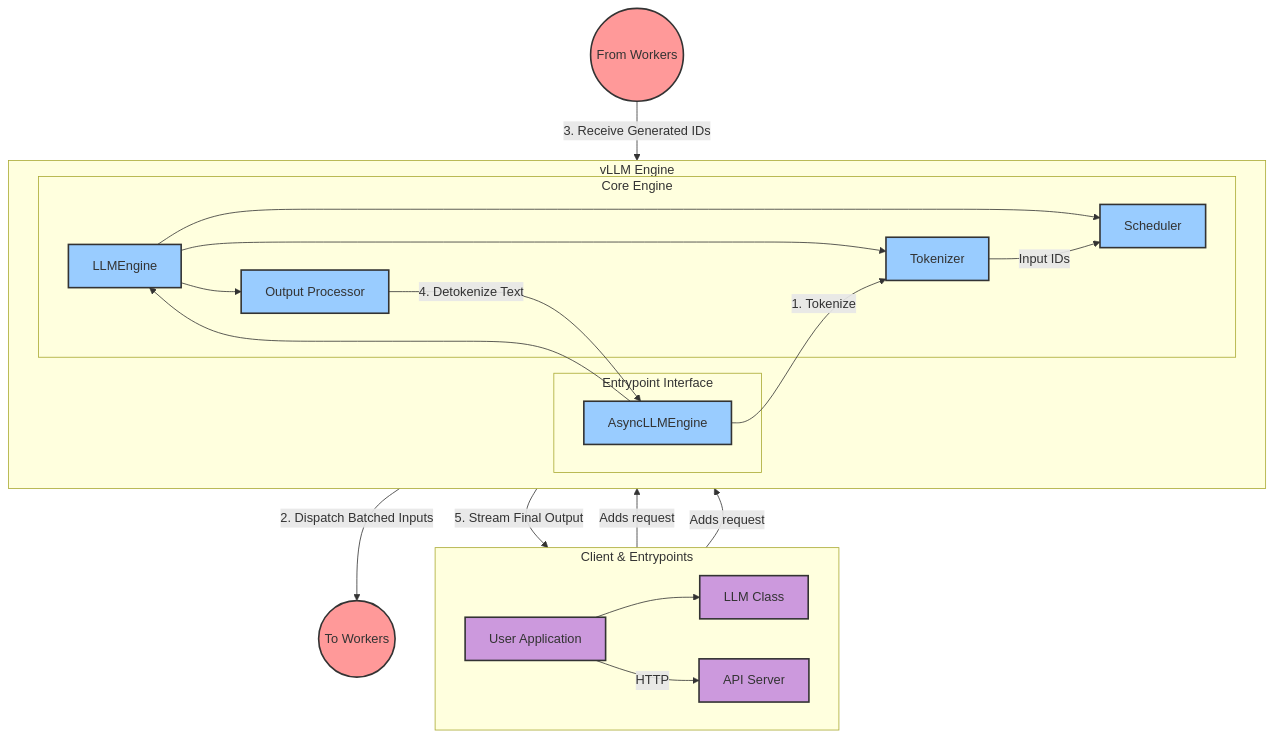
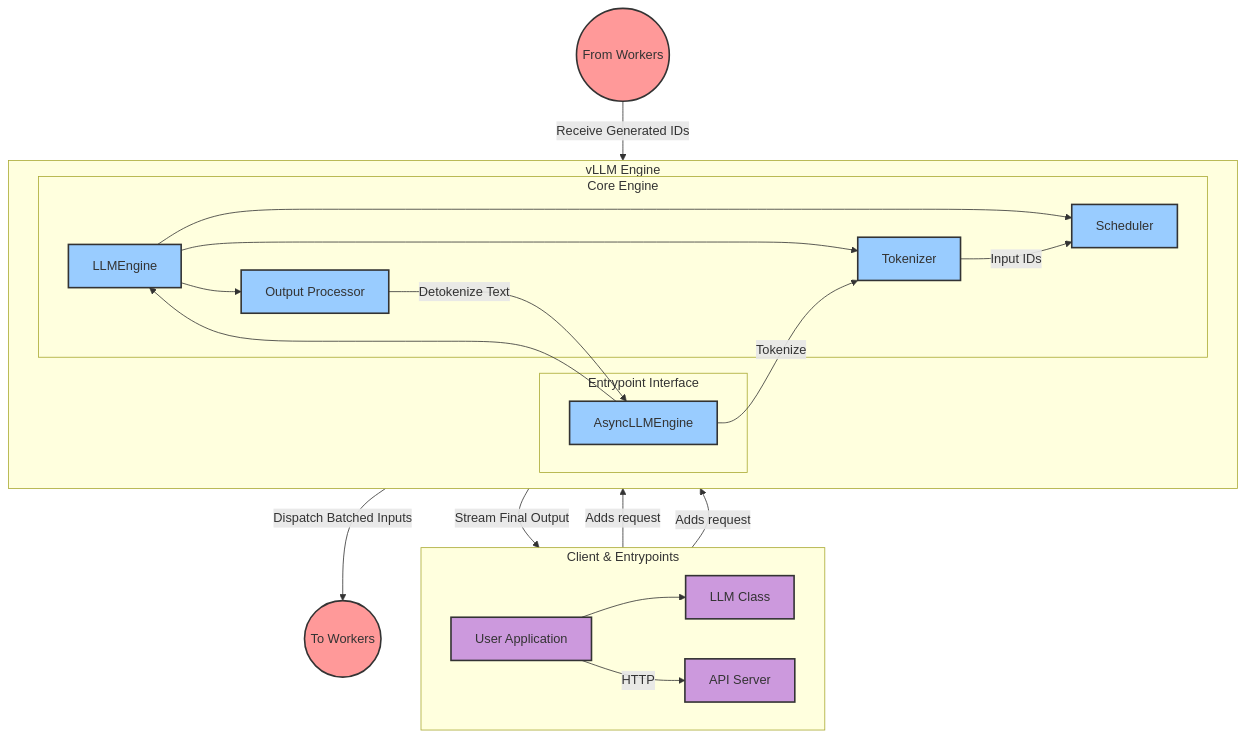
Before and after one commit to tangkenyi2001/vllm: the first of 2 diagrams in ken/diagrams/vLLM_arch.md, drawn with Mermaid.

Commit message:
fix: flow names

````diff
--- a/ken/diagrams/vLLM_arch.md
+++ b/ken/diagrams/vLLM_arch.md
@@ -9,51 +9,51 @@
 ```mermaid
 graph TD
     subgraph "Client & Entrypoints"
         direction LR
         ClientApp[User Application] --> LLM_Class[LLM Class]
         ClientApp -- "HTTP" --> API_Server[API Server]
     end
 
     subgraph "vLLM Engine"
         direction LR
         subgraph "Entrypoint Interface"
             AsyncEngine[AsyncLLMEngine]
         end
         
         subgraph "Core Engine"
             Engine[LLMEngine]
             Tokenizer[Tokenizer]
             Scheduler[Scheduler]
             OutputProcessor[Output Processor]
         end
 
         AsyncEngine --> Engine
         Engine --> Tokenizer
         Engine --> Scheduler
         Engine --> OutputProcessor
     end
 
     %% Define Flow
     LLM_Class -- "Adds request" --> AsyncEngine
     API_Server -- "Adds request" --> AsyncEngine
     
-    AsyncEngine -- "1. Tokenize" --> Tokenizer
+    AsyncEngine -- "Tokenize" --> Tokenizer
     Tokenizer -- "Input IDs" --> Scheduler
     
-    Scheduler -- "2. Dispatch Batched Inputs" --> ToWorkers((To Workers))
+    Scheduler -- "Dispatch Batched Inputs" --> ToWorkers((To Workers))
     
-    FromWorkers((From Workers)) -- "3. Receive Generated IDs" --> OutputProcessor
-    OutputProcessor -- "4. Detokenize Text" --> AsyncEngine
+    FromWorkers((From Workers)) -- "Receive Generated IDs" --> OutputProcessor
+    OutputProcessor -- "Detokenize Text" --> AsyncEngine
     
-    AsyncEngine -- "5. Stream Final Output" --> ClientApp
+    AsyncEngine -- "Stream Final Output" --> ClientApp
 
     %% Styling
     classDef client fill:#c9d,stroke:#333,stroke-width:2px;
     classDef entrypoint fill:#ccf,stroke:#333,stroke-width:2px;
     classDef engine fill:#9cf,stroke:#333,stroke-width:2px;
     classDef flow fill:#f99,stroke:#333,stroke-width:2px;
 
     class ClientApp,LLM_Class,API_Server client;
     class AsyncEngine,Engine,Scheduler,Tokenizer,OutputProcessor engine;
     class ToWorkers,FromWorkers flow;
 ```
````
